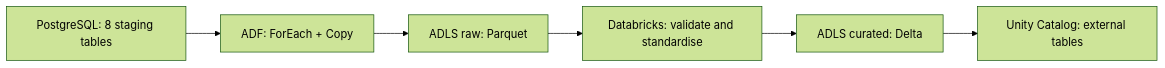
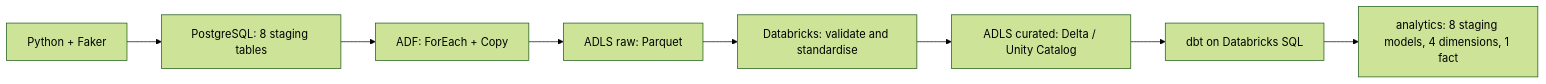
Before and after one commit to IIsmail15/car-rental-data-platform: the diagram in README.md, drawn with Mermaid (forest theme). The commit also changed other lines of this file and 15 other files, not shown here.

Commit message:
Migrate dbt warehouse to Databricks curated tables

````diff
--- a/README.md
+++ b/README.md
@@ -11,8 +9,10 @@
 ```mermaid
 flowchart LR
-    A[PostgreSQL: 8 staging tables] --> B[ADF: ForEach + Copy]
-    B --> C[ADLS raw: Parquet]
-    C --> D[Databricks: validate and standardise]
-    D --> E[ADLS curated: Delta]
-    E --> F[Unity Catalog: external tables]
+    A[Python + Faker] --> B[PostgreSQL: 8 staging tables]
+    B --> C[ADF: ForEach + Copy]
+    C --> D[ADLS raw: Parquet]
+    D --> E[Databricks: validate and standardise]
+    E --> F[ADLS curated: Delta / Unity Catalog]
+    F --> G[dbt on Databricks SQL]
+    G --> H[analytics: 8 staging models, 4 dimensions, 1 fact]
 ```
````
